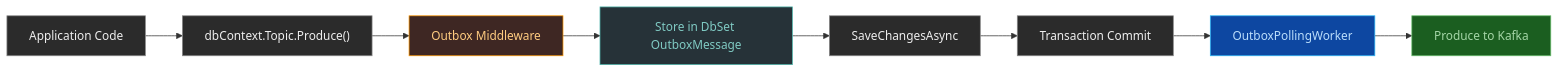
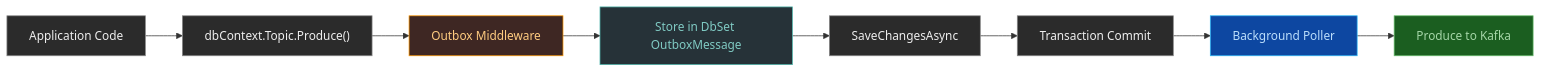
The diagram in docs/features/outbox.md (cleberMargarida/k-entity-framework), drawn with Mermaid before and after one commit. The commit also changed other lines of this file and 31 other files, not shown here.

````diff
--- a/docs/features/outbox.md
+++ b/docs/features/outbox.md
@@ -22,30 +22,30 @@
 ```mermaid
 %% Dark mode styled flow
 graph LR
     A["Application Code"] --> B["dbContext.Topic.Produce()"]
     B --> C["Outbox Middleware"]
     C --> D["Store in DbSet OutboxMessage"]
     D --> E["SaveChangesAsync"]
     E --> F["Transaction Commit"]
-    F --> G["OutboxPollingWorker"]
+    F --> G["Background Poller"]
     G --> H["Produce to Kafka"]
 
     %% Base style for all nodes
     classDef default fill:#2b2b2b,stroke:#888,stroke-width:1px,color:#eee;
 
     %% Highlight middleware
     class C middleware;
     classDef middleware fill:#3e2723,stroke:#ff9800,color:#ffcc80;
 
     %% Highlight worker
     class G worker;
     classDef worker fill:#0d47a1,stroke:#29b6f6,color:#bbdefb;
 
     %% Highlight database action
     class D database;
     classDef database fill:#263238,stroke:#4db6ac,color:#80cbc4;
 
     %% Highlight final Kafka step
     class H kafka;
     classDef kafka fill:#1b5e20,stroke:#66bb6a,color:#a5d6a7;
 ```
````
